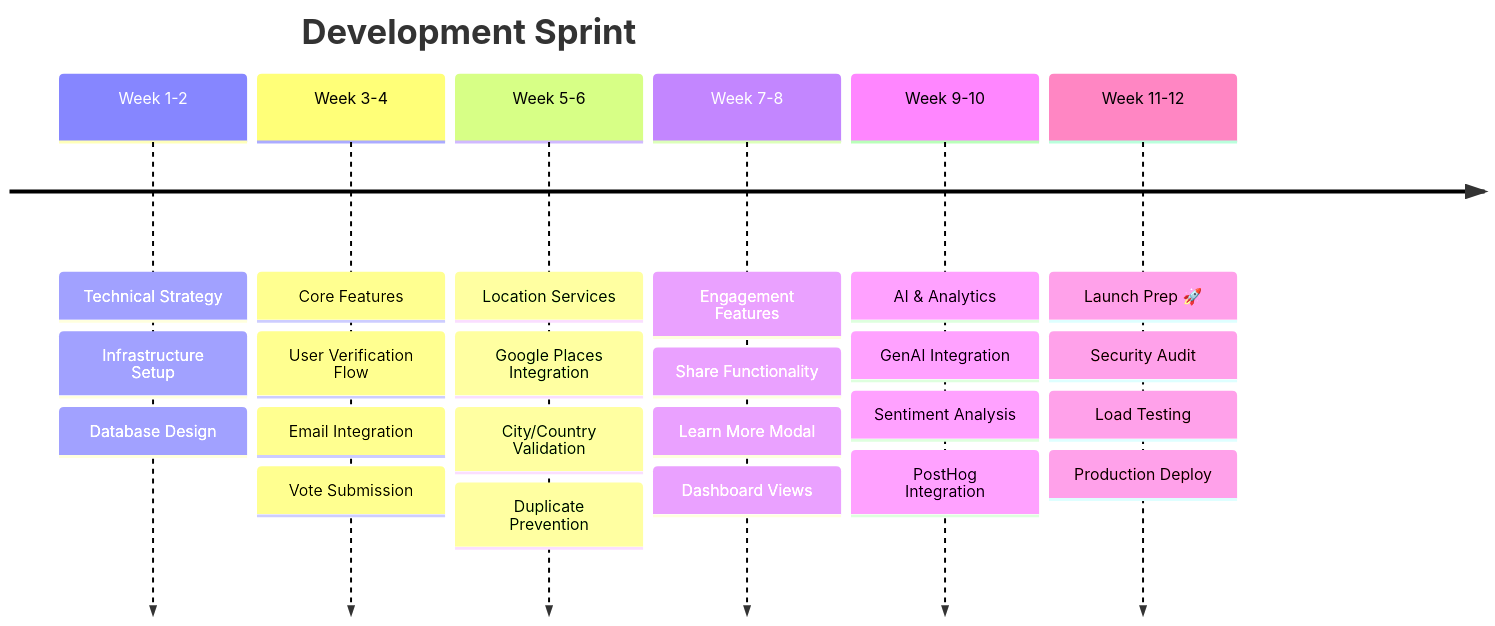
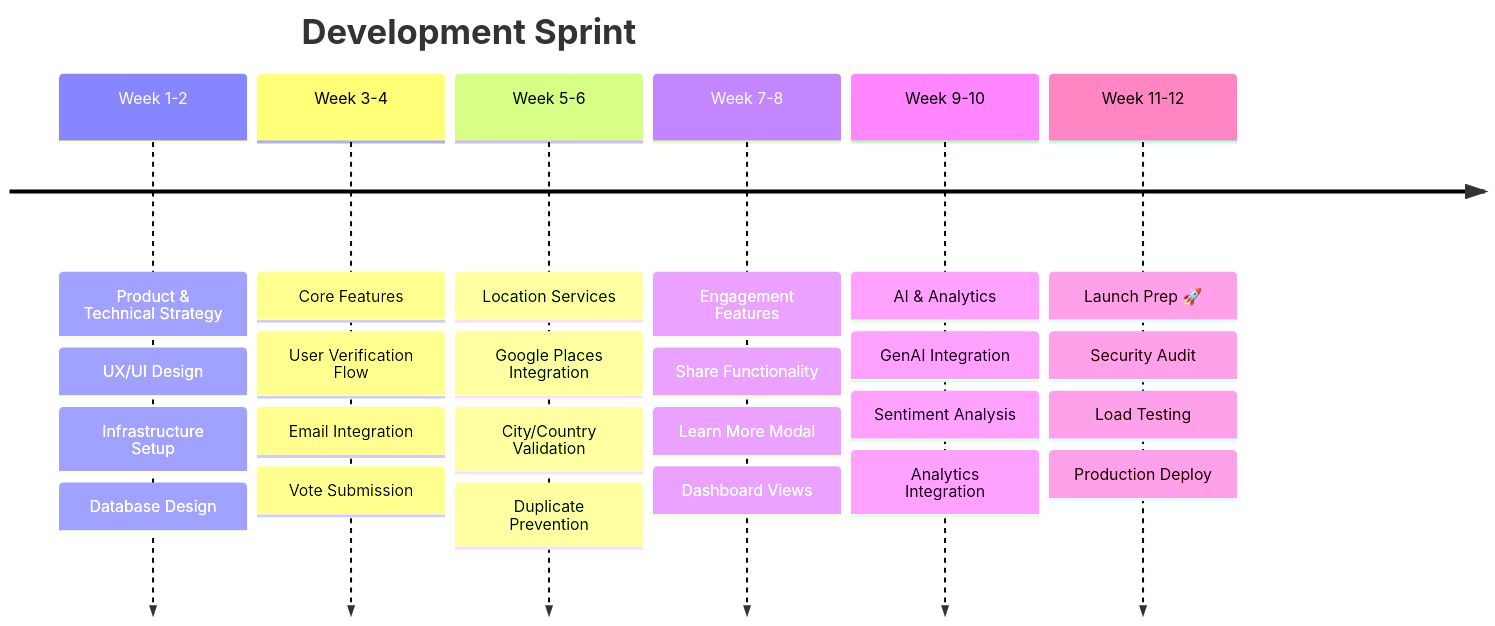
The fourth of 4 diagrams in content/projects/global-peace-yes.md (keolo/keolo-com), drawn with Mermaid before and after one commit. The commit also changed other lines of this file and 1 other file, not shown here.

````diff
--- a/content/projects/global-peace-yes.md
+++ b/content/projects/global-peace-yes.md
@@ -295,33 +328,34 @@
 ```mermaid
 timeline
     title Development Sprint
     
-    Week 1-2 : Technical Strategy
+    Week 1-2 : Product & Technical Strategy
+             : UX/UI Design
              : Infrastructure Setup
              : Database Design
     
     Week 3-4 : Core Features
              : User Verification Flow
              : Email Integration
              : Vote Submission
     
     Week 5-6 : Location Services
              : Google Places Integration
              : City/Country Validation
              : Duplicate Prevention
     
     Week 7-8 : Engagement Features
              : Share Functionality
              : Learn More Modal
              : Dashboard Views
     
     Week 9-10 : AI & Analytics
               : GenAI Integration
               : Sentiment Analysis
-              : PostHog Integration
+              : Analytics Integration
     
     Week 11-12 : Launch Prep 🚀
                : Security Audit
                : Load Testing
                : Production Deploy
 ```
````
